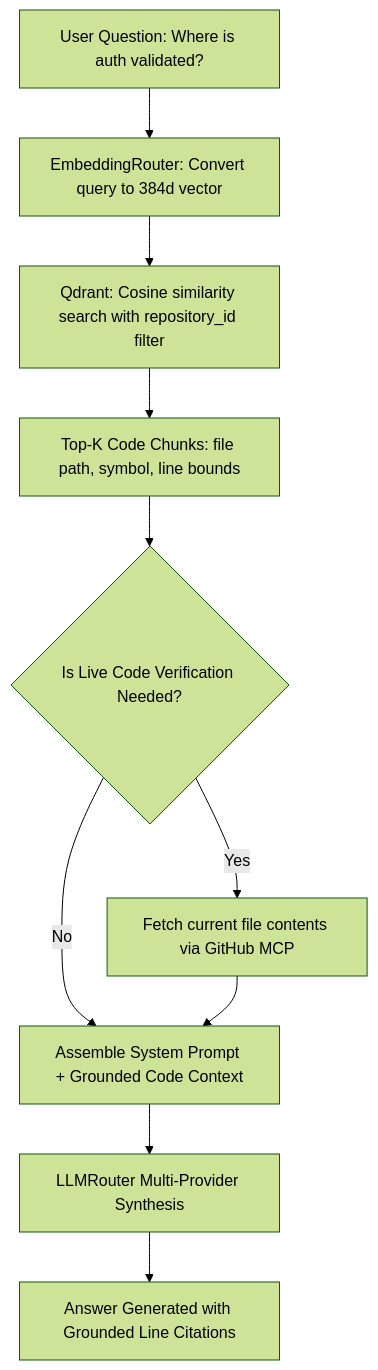
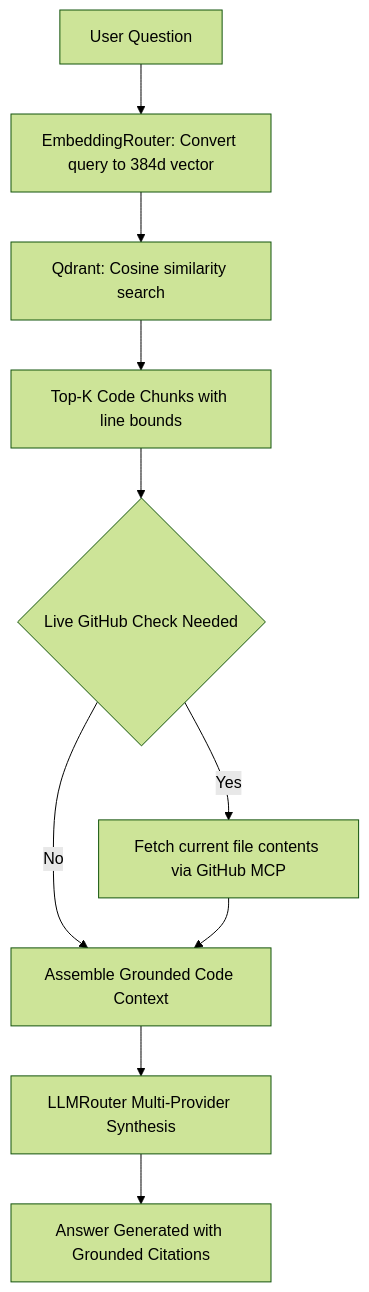
Before and after one commit to vishwajitvm/RepoMind: the diagram in docs/feature/rag-chat.md, drawn with Mermaid (forest theme). The commit also changed other lines of this file and 12 other files, not shown here.

````diff
--- a/docs/feature/rag-chat.md
+++ b/docs/feature/rag-chat.md
@@ -18,15 +18,12 @@
 ```mermaid
 flowchart TD
-    UserQuery[User Question: Where is auth validated?] --> EmbedQuery[EmbeddingRouter: Convert query to 384d vector]
-    EmbedQuery --> QdrantSearch[Qdrant: Cosine similarity search with repository_id filter]
-    
-    QdrantSearch --> TopChunks[Top-K Code Chunks: file path, symbol, line bounds]
-    TopChunks --> MCPCheck{Is Live Code Verification Needed?}
-    
+    UserQuery[User Question] --> EmbedQuery[EmbeddingRouter: Convert query to 384d vector]
+    EmbedQuery --> QdrantSearch[Qdrant: Cosine similarity search]
+    QdrantSearch --> TopChunks[Top-K Code Chunks with line bounds]
+    TopChunks --> MCPCheck{Live GitHub Check Needed}
     MCPCheck -->|Yes| FetchMCP[Fetch current file contents via GitHub MCP]
-    MCPCheck -->|No| CombineContext[Assemble System Prompt + Grounded Code Context]
+    MCPCheck -->|No| CombineContext[Assemble Grounded Code Context]
     FetchMCP --> CombineContext
-    
     CombineContext --> LLMRouting[LLMRouter Multi-Provider Synthesis]
-    LLMRouting --> AnswerSynthesis[Answer Generated with Grounded Line Citations]
+    LLMRouting --> AnswerSynthesis[Answer Generated with Grounded Citations]
 ```
````
